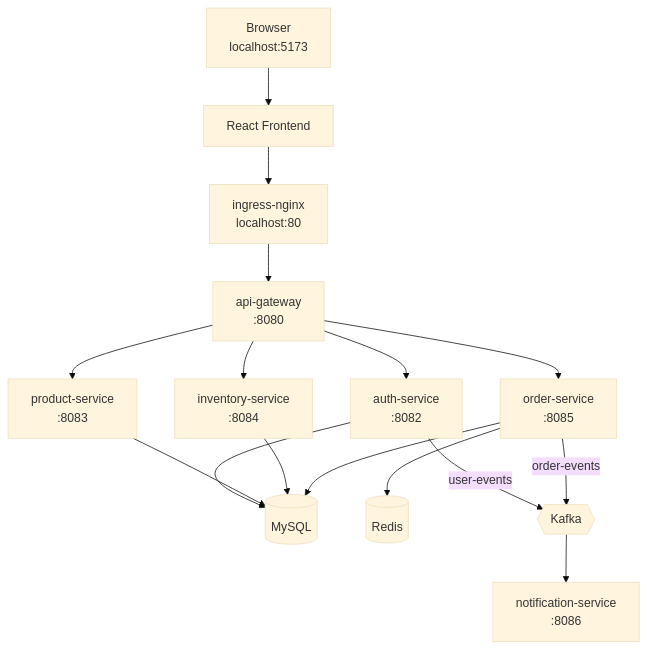
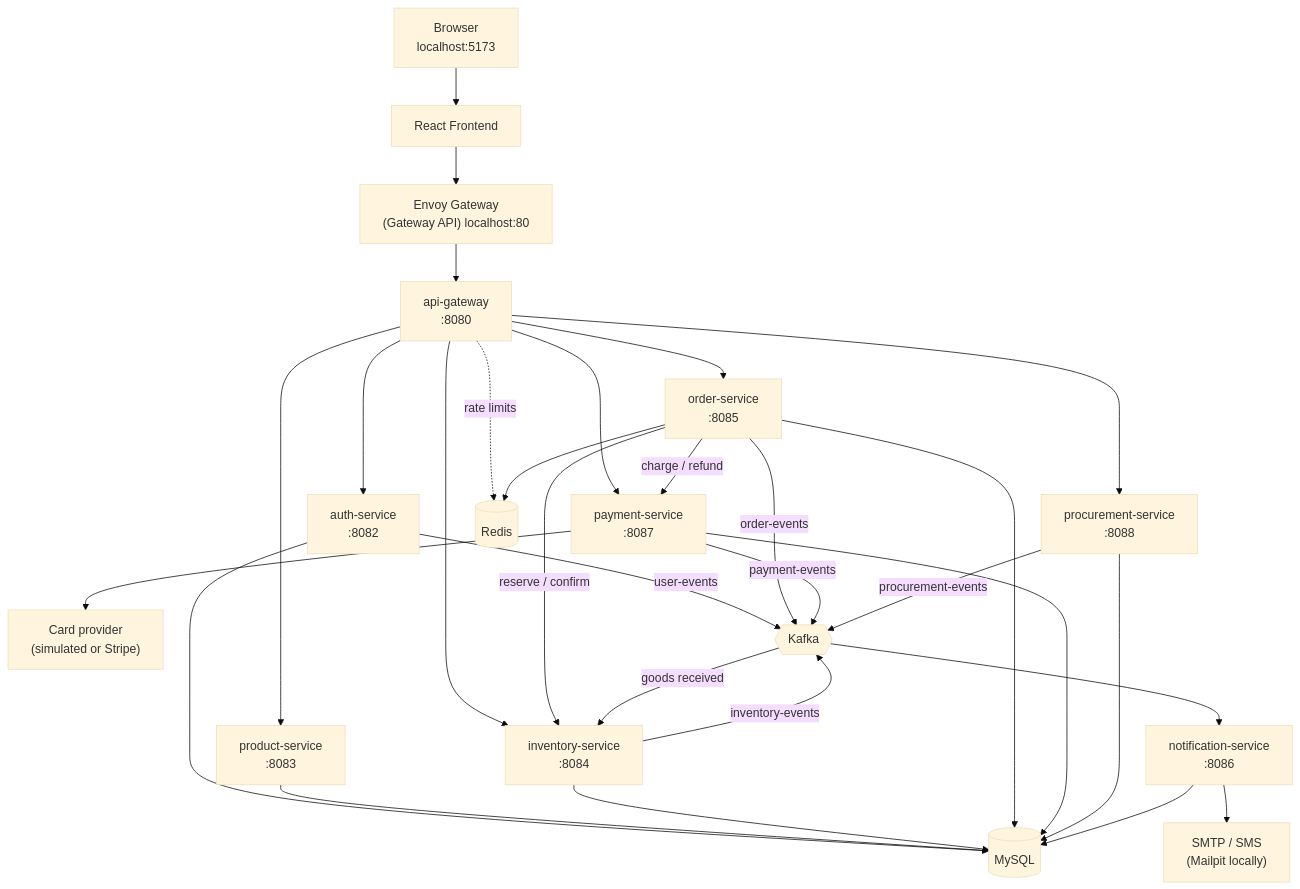
One commit to bishalw/Mobi changed the diagram in README.md. Above: the diagram before and after it, drawn with Mermaid (base theme). The commit also changed other lines of this file and 4 other files, not shown here.

Commit message:
docs: local setup guide, procurement spec and updated architecture notes

````diff
--- a/README.md
+++ b/README.md
@@ -16,33 +23,52 @@
 ```mermaid
 graph TD
     Browser["Browser<br/>localhost:5173"]
     Frontend["React Frontend"]
-    Ingress["ingress-nginx<br/>localhost:80"]
+    Edge["Envoy Gateway<br/>(Gateway API) localhost:80"]
     Gateway["api-gateway<br/>:8080"]
     Auth["auth-service<br/>:8082"]
     Product["product-service<br/>:8083"]
     Inventory["inventory-service<br/>:8084"]
     Order["order-service<br/>:8085"]
+    Payment["payment-service<br/>:8087"]
+    Procurement["procurement-service<br/>:8088"]
     Notification["notification-service<br/>:8086"]
+    Provider["Card provider<br/>(simulated or Stripe)"]
+    Mail["SMTP / SMS<br/>(Mailpit locally)"]
     MySQL[("MySQL")]
     Redis[("Redis")]
     Kafka{{"Kafka"}}
 
     Browser --> Frontend
-    Frontend --> Ingress
-    Ingress --> Gateway
+    Frontend --> Edge
+    Edge --> Gateway
     Gateway --> Auth
     Gateway --> Product
     Gateway --> Inventory
     Gateway --> Order
+    Gateway --> Payment
+    Gateway --> Procurement
+    Gateway -.->|rate limits| Redis
+
+    Order -->|reserve / confirm| Inventory
+    Order -->|charge / refund| Payment
+    Payment --> Provider
 
     Auth --> MySQL
     Product --> MySQL
     Inventory --> MySQL
     Order --> MySQL
+    Payment --> MySQL
+    Procurement --> MySQL
+    Notification --> MySQL
     Order --> Redis
 
     Auth -->|user-events| Kafka
     Order -->|order-events| Kafka
+    Payment -->|payment-events| Kafka
+    Procurement -->|procurement-events| Kafka
+    Kafka -->|goods received| Inventory
+    Inventory -->|inventory-events| Kafka
     Kafka --> Notification
+    Notification --> Mail
 ```
````
